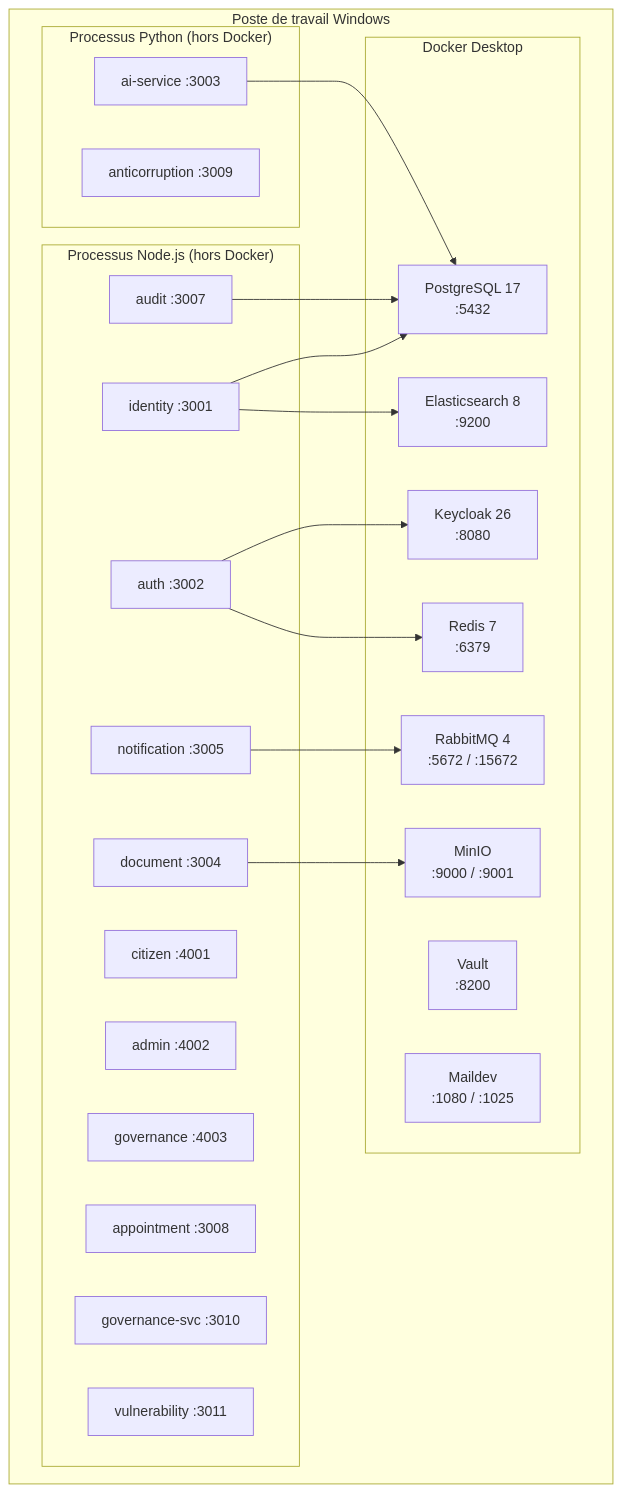
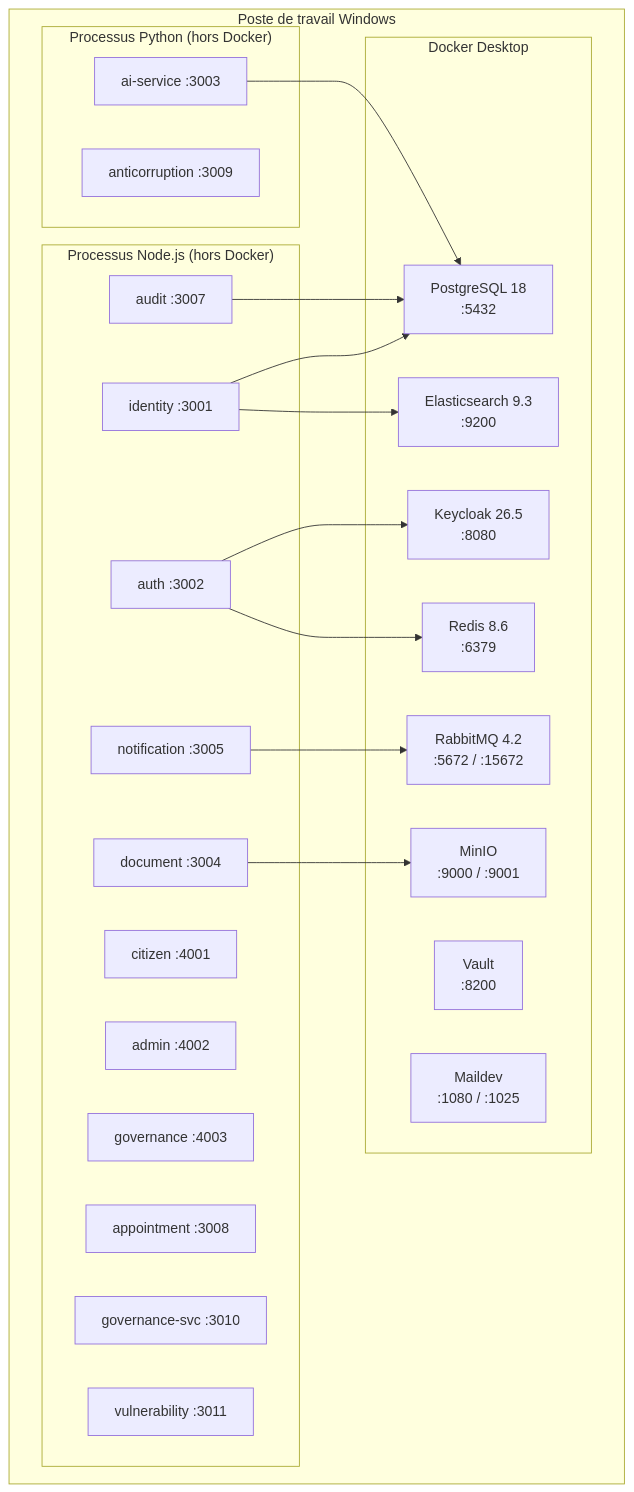
Diagram 12 of 13 in docs/02-ARCHITECTURE-GLOBALE.md (TheManInPink/Session-Ete-2026), drawn with Mermaid before and after one commit. The commit also changed other lines of this file and 7 other files, not shown here.

````diff
--- a/docs/02-ARCHITECTURE-GLOBALE.md
+++ b/docs/02-ARCHITECTURE-GLOBALE.md
@@ -658,43 +773,43 @@
 ```mermaid
 graph TB
     subgraph "Poste de travail Windows"
         subgraph "Docker Desktop"
-            D_PG["PostgreSQL 17<br/>:5432"]
-            D_RD["Redis 7<br/>:6379"]
-            D_RMQ["RabbitMQ 4<br/>:5672 / :15672"]
+            D_PG["PostgreSQL 18<br/>:5432"]
+            D_RD["Redis 8.6<br/>:6379"]
+            D_RMQ["RabbitMQ 4.2<br/>:5672 / :15672"]
             D_MINIO["MinIO<br/>:9000 / :9001"]
-            D_ES["Elasticsearch 8<br/>:9200"]
-            D_KC["Keycloak 26<br/>:8080"]
+            D_ES["Elasticsearch 9.3<br/>:9200"]
+            D_KC["Keycloak 26.5<br/>:8080"]
             D_VAULT["Vault<br/>:8200"]
             D_MAIL["Maildev<br/>:1080 / :1025"]
         end
 
         subgraph "Processus Node.js (hors Docker)"
             N_CIT["citizen :4001"]
             N_ADM["admin :4002"]
             N_GOV["governance :4003"]
             N_ID["identity :3001"]
             N_AUTH["auth :3002"]
             N_DOC["document :3004"]
             N_NOTIF["notification :3005"]
             N_AUDIT["audit :3007"]
             N_RDV["appointment :3008"]
             N_GOUV["governance-svc :3010"]
             N_VULN["vulnerability :3011"]
         end
 
         subgraph "Processus Python (hors Docker)"
             P_AI["ai-service :3003"]
             P_SIGAC["anticorruption :3009"]
         end
     end
 
     N_ID --> D_PG
     N_ID --> D_ES
     N_AUTH --> D_KC
     N_AUTH --> D_RD
     N_NOTIF --> D_RMQ
     N_DOC --> D_MINIO
     N_AUDIT --> D_PG
     P_AI --> D_PG
 ```
````
